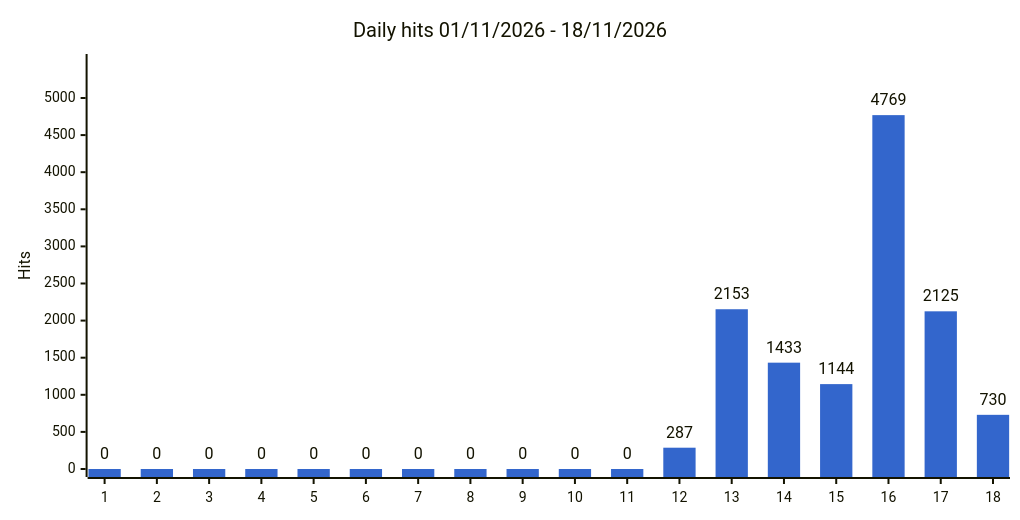
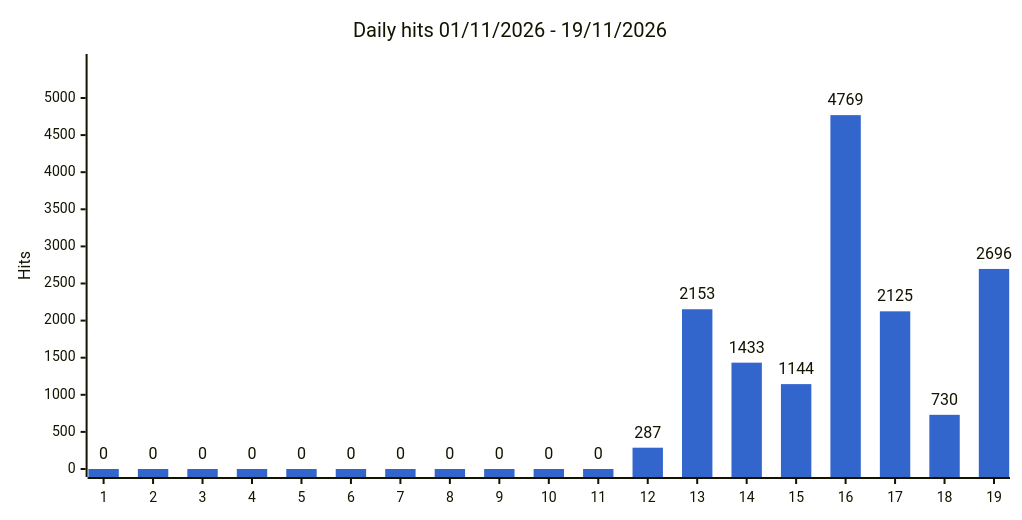
The third of 4 diagrams in docs/stats.md (gmoulard/wikipedia2book), drawn with Mermaid before and after one commit. The commit also changed other lines of this file and 3 other files, not shown here.

````diff
--- a/docs/stats.md
+++ b/docs/stats.md
@@ -43,8 +43,8 @@
 ```mermaid
 %%{init: {"xyChart": {"width": 1000, "showDataLabel": true, "showDataLabelOutsideBar": true}, "themeVariables": {"xyChart": {"plotColorPalette": "#3366cc"}}}}%%
 xychart-beta
-    title "Daily hits 01/11/2026 - 18/11/2026"
-    x-axis ["1", "2", "3", "4", "5", "6", "7", "8", "9", "10", "11", "12", "13", "14", "15", "16", "17", "18"]
+    title "Daily hits 01/11/2026 - 19/11/2026"
+    x-axis ["1", "2", "3", "4", "5", "6", "7", "8", "9", "10", "11", "12", "13", "14", "15", "16", "17", "18", "19"]
     y-axis "Hits" 0 --> 5485
-    bar [0, 0, 0, 0, 0, 0, 0, 0, 0, 0, 0, 287, 2153, 1433, 1144, 4769, 2125, 730]
+    bar [0, 0, 0, 0, 0, 0, 0, 0, 0, 0, 0, 287, 2153, 1433, 1144, 4769, 2125, 730, 2696]
 ```
````
